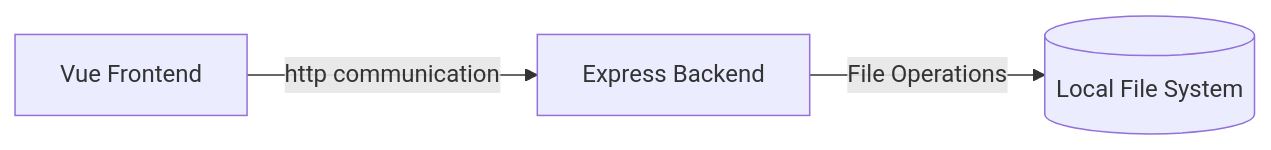
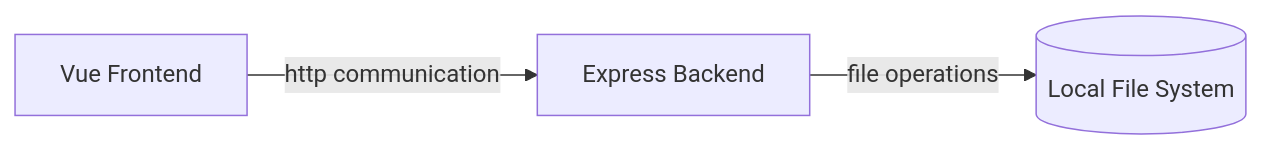
The diagram in Readme.md (bex1111/bex-note), drawn with Mermaid before and after one commit. The commit also changed 17 other files, not shown here.

````diff
--- a/Readme.md
+++ b/Readme.md
@@ -33,5 +33,5 @@
 ```mermaid
 flowchart LR
     Frontend[Vue Frontend] -->|http communication| Backend[Express Backend]
-    Backend -->|File Operations| LocalFileSystem[(Local File System)]
+    Backend -->|file operations| LocalFileSystem[(Local File System)]
 ```
````
